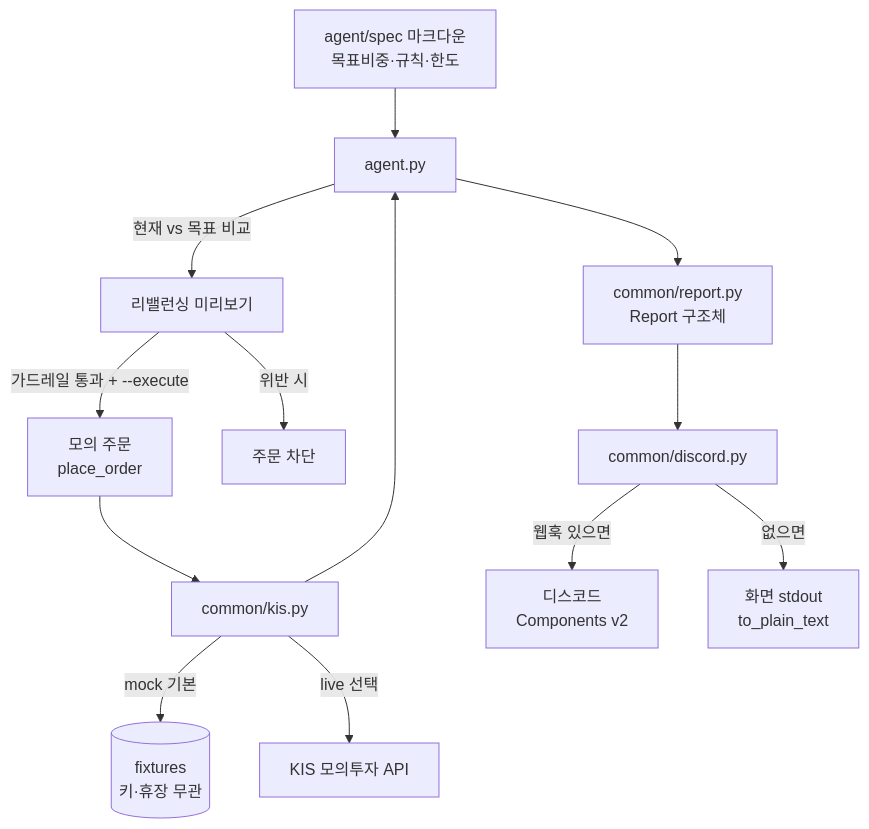
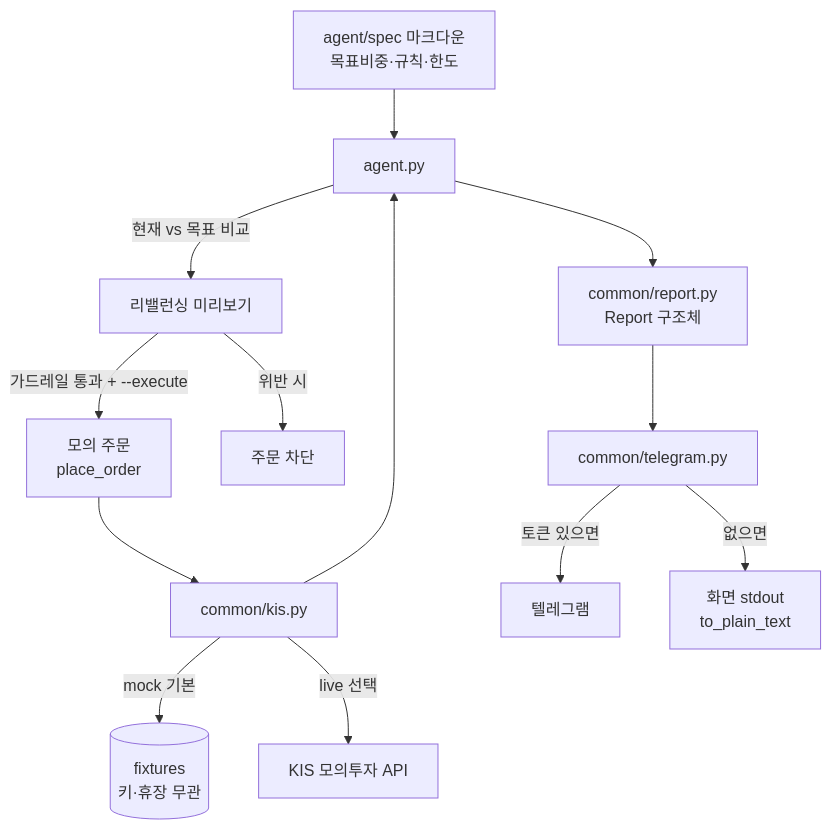
The second of 3 diagrams in lessons/참고/아키텍처.md (JungHoonGhae/thecamp-aitrading), drawn with Mermaid before and after one commit. The commit also changed other lines of this file and 9 other files, not shown here.

````diff
--- a/lessons/참고/아키텍처.md
+++ b/lessons/참고/아키텍처.md
@@ -17,15 +17,15 @@
 ```mermaid
 flowchart TD
     S[agent/spec 마크다운<br/>목표비중·규칙·한도] --> AG[agent.py]
     K[common/kis.py] --> AG
     K -->|mock 기본| FX[(fixtures<br/>키·휴장 무관)]
     K -->|live 선택| API[KIS 모의투자 API]
     AG -->|현재 vs 목표 비교| PV[리밸런싱 미리보기]
     PV -->|가드레일 통과 + --execute| ORD[모의 주문<br/>place_order]
     PV -->|위반 시| BLK[주문 차단]
     ORD --> K
     AG --> REP[common/report.py<br/>Report 구조체]
-    REP --> DC[common/discord.py]
-    DC -->|웹훅 있으면| DISCORD[디스코드<br/>Components v2]
-    DC -->|없으면| SCR[화면 stdout<br/>to_plain_text]
+    REP --> TG[common/telegram.py]
+    TG -->|토큰 있으면| TELEGRAM[텔레그램]
+    TG -->|없으면| SCR[화면 stdout<br/>to_plain_text]
 ```
````
